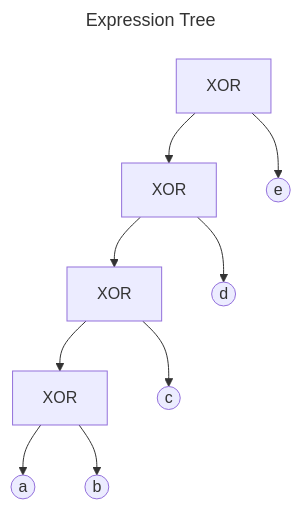
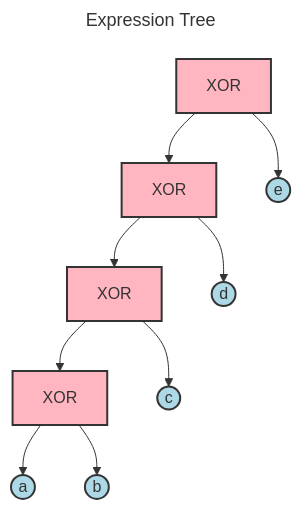
Before and after one commit to Alan-Jowett/bdd_test: the first of 2 diagrams in test_expressions/default_ordering/xor_chain_analysis.md, drawn with Mermaid. The commit also changed other lines of this file and 3 other files, not shown here.

````diff
--- a/test_expressions/default_ordering/xor_chain_analysis.md
+++ b/test_expressions/default_ordering/xor_chain_analysis.md
@@ -13,24 +13,40 @@
 ```mermaid
 ---
 title: Expression Tree
 ---
 flowchart TD
     N1["XOR"]
     N2["XOR"]
     N3["XOR"]
     N4["XOR"]
     N5(("a"))
     N6(("b"))
     N7(("c"))
     N8(("d"))
     N9(("e"))
 
     N1 --> N2
     N2 --> N3
     N3 --> N4
     N4 --> N5
     N4 --> N6
     N3 --> N7
     N2 --> N8
     N1 --> N9
+
+    class N1 xorOp
+    class N2 xorOp
+    class N3 xorOp
+    class N4 xorOp
+    class N5 variable
+    class N6 variable
+    class N7 variable
+    class N8 variable
+    class N9 variable
+
+    classDef variable fill:lightblue,stroke:#333,stroke-width:2px
+    classDef andOp fill:lightgreen,stroke:#333,stroke-width:2px
+    classDef orOp fill:lightcoral,stroke:#333,stroke-width:2px
+    classDef notOp fill:yellow,stroke:#333,stroke-width:2px
+    classDef xorOp fill:lightpink,stroke:#333,stroke-width:2px
 ```
````
